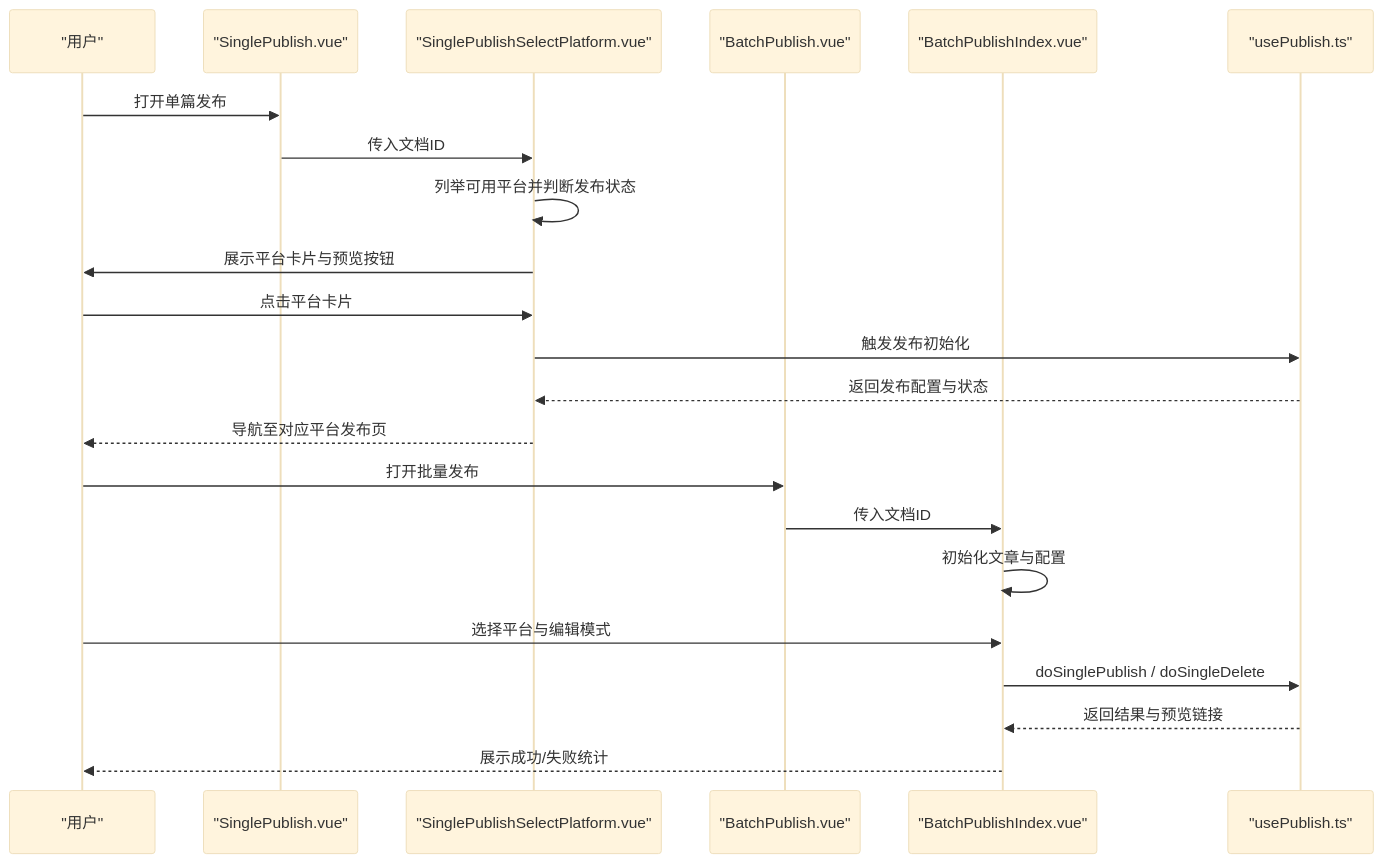
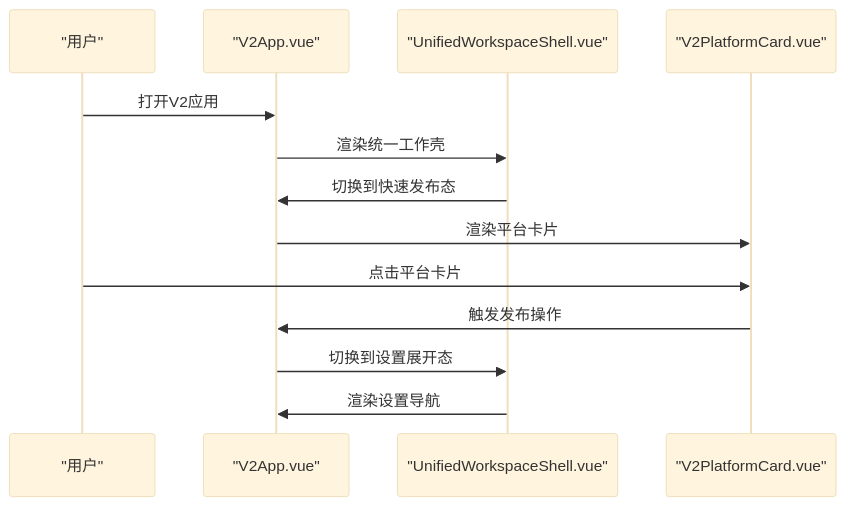
Before and after one commit to terwer/siyuan-plugin-publisher: the third of 5 diagrams in .qoder/repowiki/zh/content/核心架构/组件架构设计/组件架构设计.md, drawn with Mermaid (base theme). The commit also changed other lines of this file and 18 other files, not shown here.

First line of the commit message:
docs(core-architecture): add detailed Composition API design patterns document

````diff
--- a/.qoder/repowiki/zh/content/核心架构/组件架构设计/组件架构设计.md
+++ b/.qoder/repowiki/zh/content/核心架构/组件架构设计/组件架构设计.md
@@ -139,24 +190,15 @@
 ```mermaid
 sequenceDiagram
 participant U as "用户"
-participant SP as "SinglePublish.vue"
-participant SSP as "SinglePublishSelectPlatform.vue"
-participant BP as "BatchPublish.vue"
-participant BPI as "BatchPublishIndex.vue"
-participant UP as "usePublish.ts"
-U->>SP : 打开单篇发布
-SP->>SSP : 传入文档ID
-SSP->>SSP : 列举可用平台并判断发布状态
-SSP->>U : 展示平台卡片与预览按钮
-U->>SSP : 点击平台卡片
-SSP->>UP : 触发发布初始化
-UP-->>SSP : 返回发布配置与状态
-SSP-->>U : 导航至对应平台发布页
-U->>BP : 打开批量发布
-BP->>BPI : 传入文档ID
-BPI->>BPI : 初始化文章与配置
-U->>BPI : 选择平台与编辑模式
-BPI->>UP : doSinglePublish / doSingleDelete
-UP-->>BPI : 返回结果与预览链接
-BPI-->>U : 展示成功/失败统计
+participant V2A as "V2App.vue"
+participant UWS as "UnifiedWorkspaceShell.vue"
+participant VPC as "V2PlatformCard.vue"
+U->>V2A : 打开V2应用
+V2A->>UWS : 渲染统一工作壳
+UWS->>V2A : 切换到快速发布态
+V2A->>VPC : 渲染平台卡片
+U->>VPC : 点击平台卡片
+VPC->>V2A : 触发发布操作
+V2A->>UWS : 切换到设置展开态
+UWS->>V2A : 渲染设置导航
 ```
````
